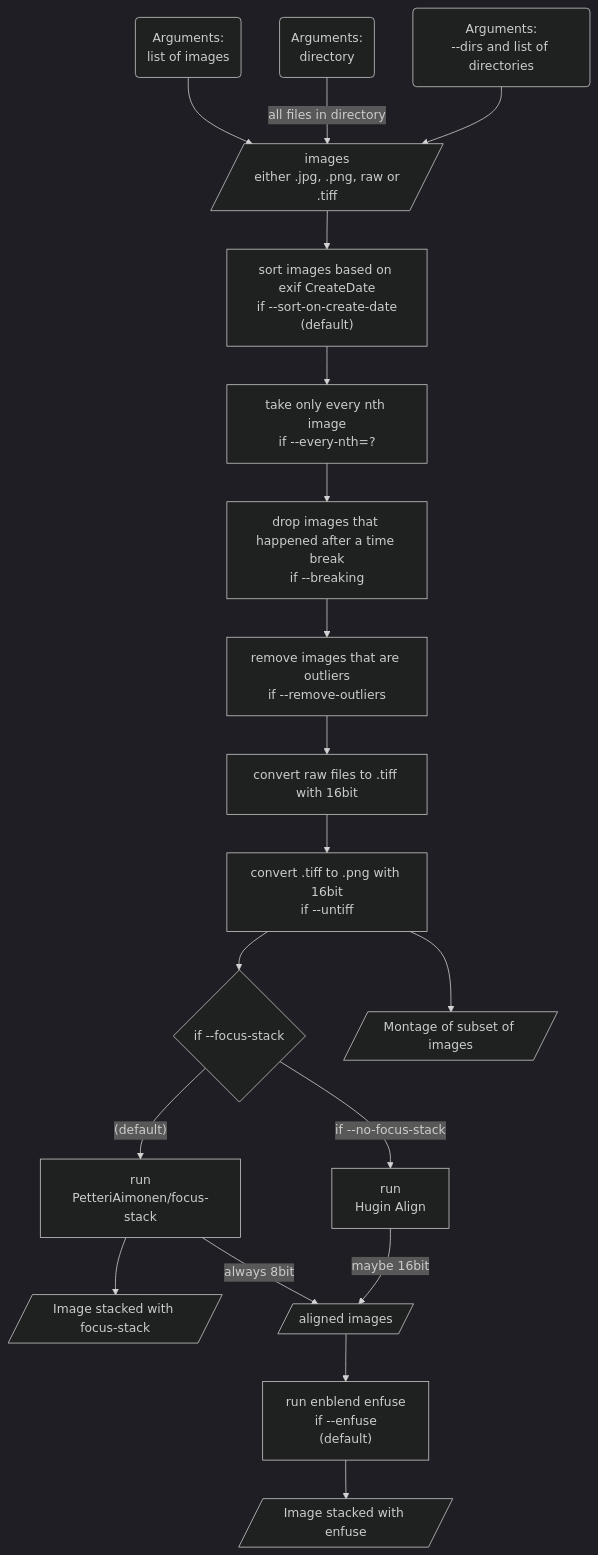
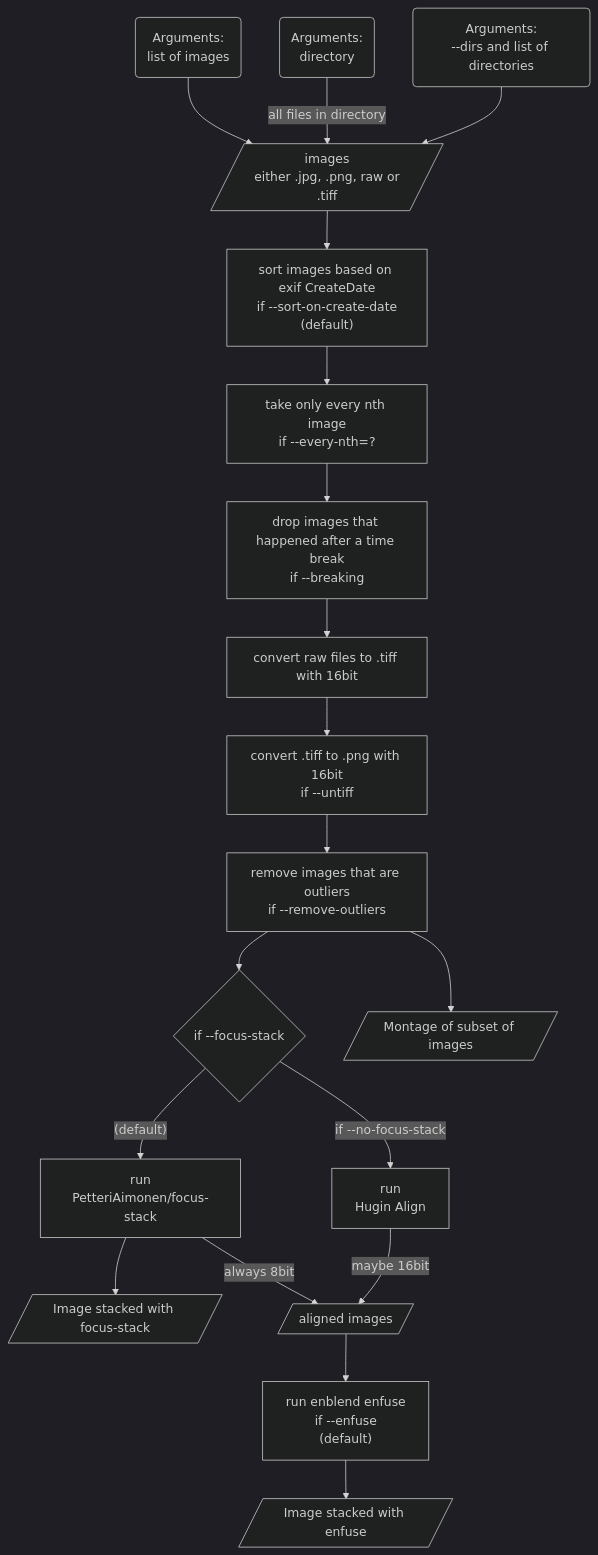
Before and after one commit to maxhbr/myphoto: the diagram in README.md, drawn with Mermaid (dark theme). The commit also changed 1 other file, not shown here.

````diff
--- a/README.md
+++ b/README.md
@@ -7,25 +7,25 @@
 ```mermaid
   graph TD;
       A1("Arguments:\nlist of images");
       A2("Arguments:\ndirectory");
       A3("Arguments:\n--dirs and list of directories");
       A1 --> A[/"images\n either .jpg, .png, raw or .tiff"/];
       A2 -- "all files in directory" --> A;
       A3 --> A;
       A --> B["sort images based on exif CreateDate\nif --sort-on-create-date\n(default)"];
       B --> C["take only every nth image\nif --every-nth=?"];
       C --> D["drop images that happened after a time break\nif --breaking"];
-      D --> E["remove images that are outliers\nif --remove-outliers"];
-      E --> F["convert raw files to .tiff with 16bit"];
-      F --> G["convert .tiff to .png with 16bit\nif --untiff"];
+      D --> E["convert raw files to .tiff with 16bit"];
+      E --> F["convert .tiff to .png with 16bit\nif --untiff"];
+      F --> G["remove images that are outliers\nif --remove-outliers"];
       G --> G'{"if --focus-stack"}
       G' -- "(default)" --> H1["run\nPetteriAimonen/focus-stack"];
       G' -- "if --no-focus-stack" --> H2["run\nHugin Align"]
       H1 --> Z1[/"Image stacked with focus-stack"/]
       H1 -- "always 8bit" --> I[/"aligned images"/]
       H2 -- "maybe 16bit" --> I
       I --> J["run enblend enfuse\nif --enfuse\n(default)"]
       J --> Z2[/"Image stacked with enfuse"/]
       G --> Z3[/"Montage of subset of images"/]
 
 ```
````
